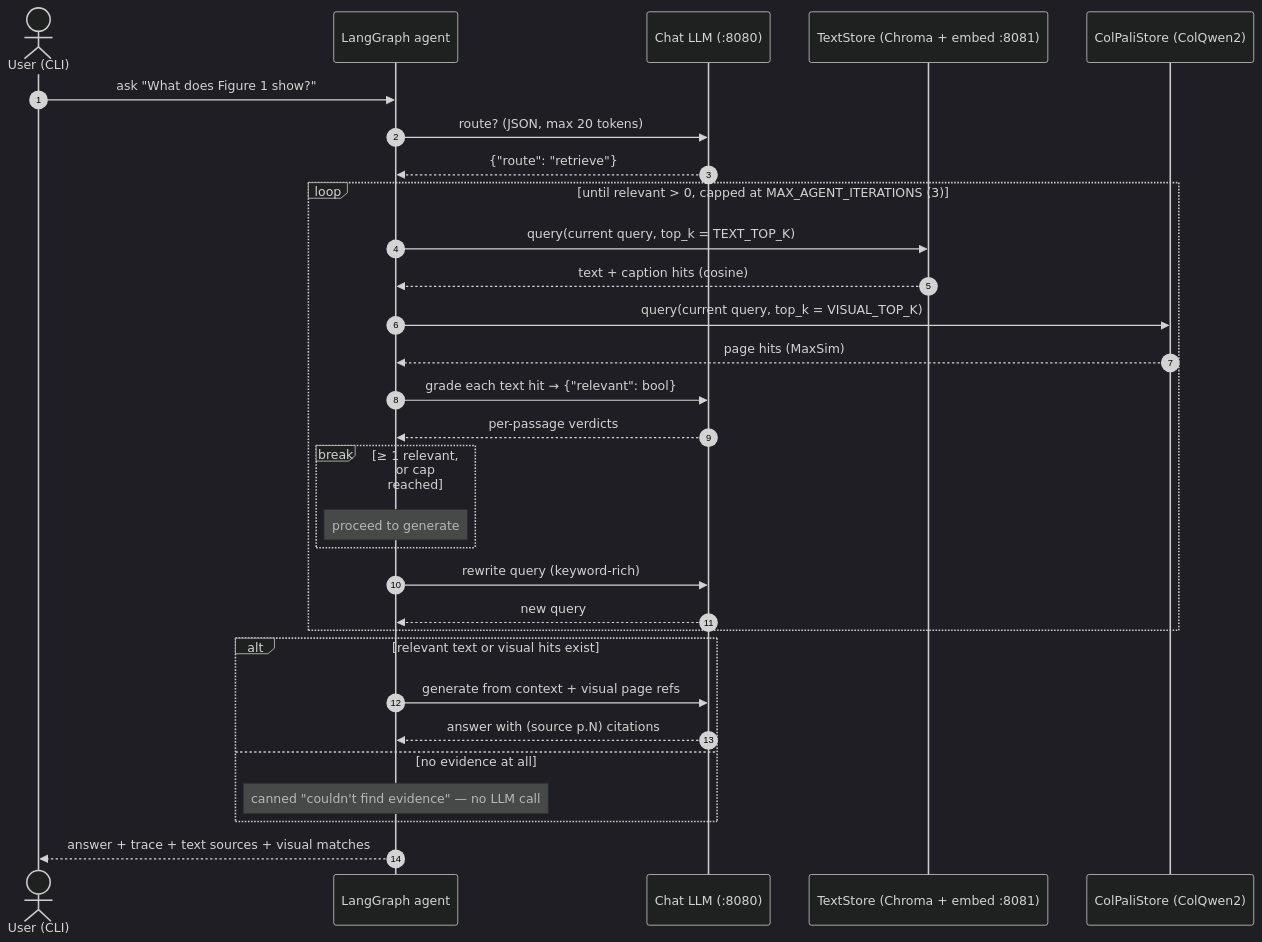
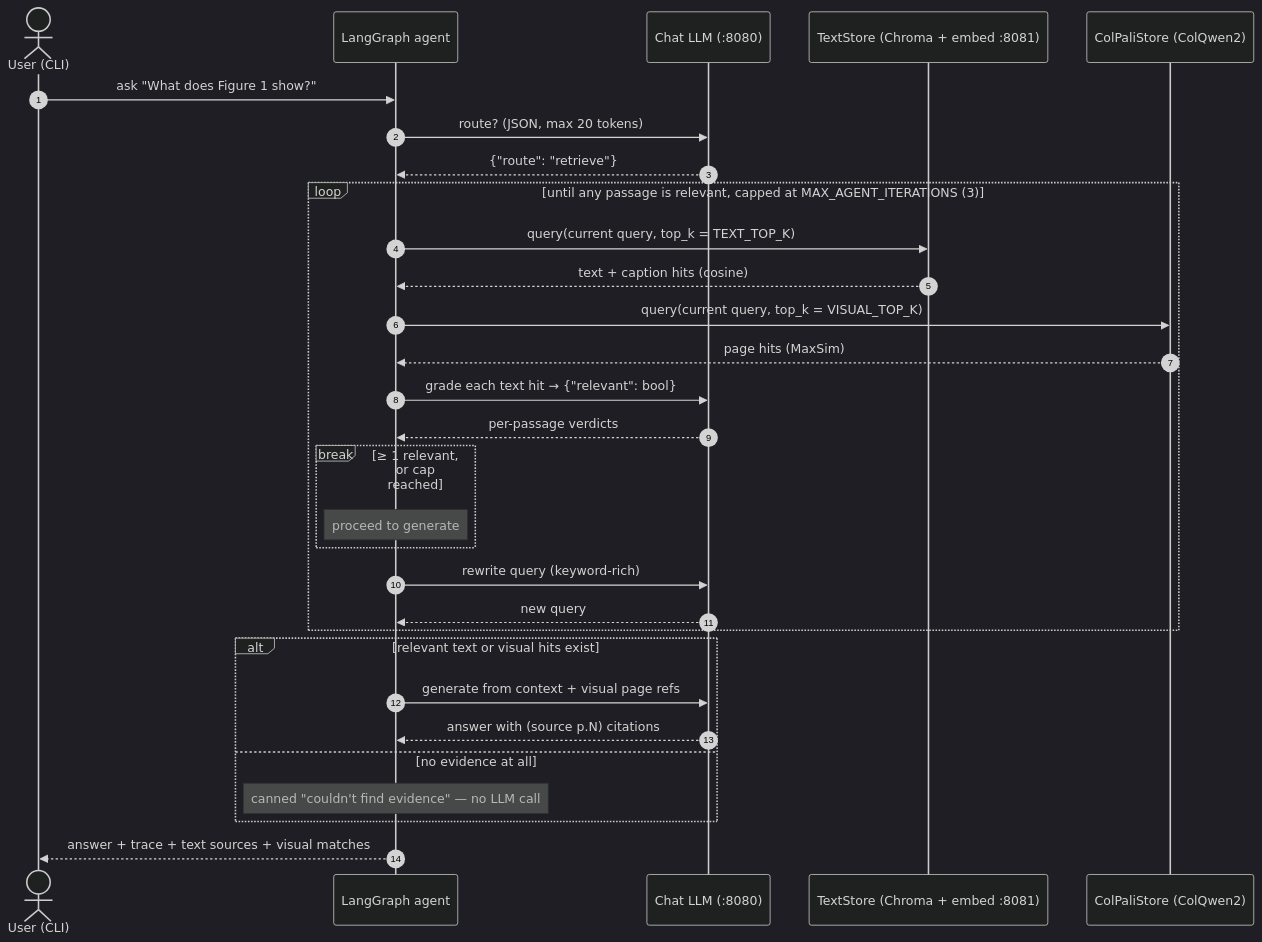
Before and after one commit to ingscarrero/local-rag: the fourth of 4 diagrams in docs/03-architecture.md, drawn with Mermaid (dark theme). The commit also changed other lines of this file and 1 other file, not shown here.

First line of the commit message:
docs: reword mermaid labels to avoid raw angle brackets

````diff
--- a/docs/03-architecture.md
+++ b/docs/03-architecture.md
@@ -128,35 +128,35 @@
 ```mermaid
 sequenceDiagram
     autonumber
     actor U as User (CLI)
     participant G as LangGraph agent
     participant L as Chat LLM (:8080)
     participant TS as TextStore (Chroma + embed :8081)
     participant CS as ColPaliStore (ColQwen2)
 
     U->>G: ask "What does Figure 1 show?"
     G->>L: route? (JSON, max 20 tokens)
     L-->>G: {"route": "retrieve"}
 
-    loop until relevant > 0, capped at MAX_AGENT_ITERATIONS (3)
+    loop until any passage is relevant, capped at MAX_AGENT_ITERATIONS (3)
         G->>TS: query(current query, top_k = TEXT_TOP_K)
         TS-->>G: text + caption hits (cosine)
         G->>CS: query(current query, top_k = VISUAL_TOP_K)
         CS-->>G: page hits (MaxSim)
         G->>L: grade each text hit → {"relevant": bool}
         L-->>G: per-passage verdicts
         break ≥ 1 relevant, or cap reached
             Note over G: proceed to generate
         end
         G->>L: rewrite query (keyword-rich)
         L-->>G: new query
     end
 
     alt relevant text or visual hits exist
         G->>L: generate from context + visual page refs
         L-->>G: answer with (source p.N) citations
     else no evidence at all
         Note over G: canned "couldn't find evidence" — no LLM call
     end
     G-->>U: answer + trace + text sources + visual matches
 ```
````
